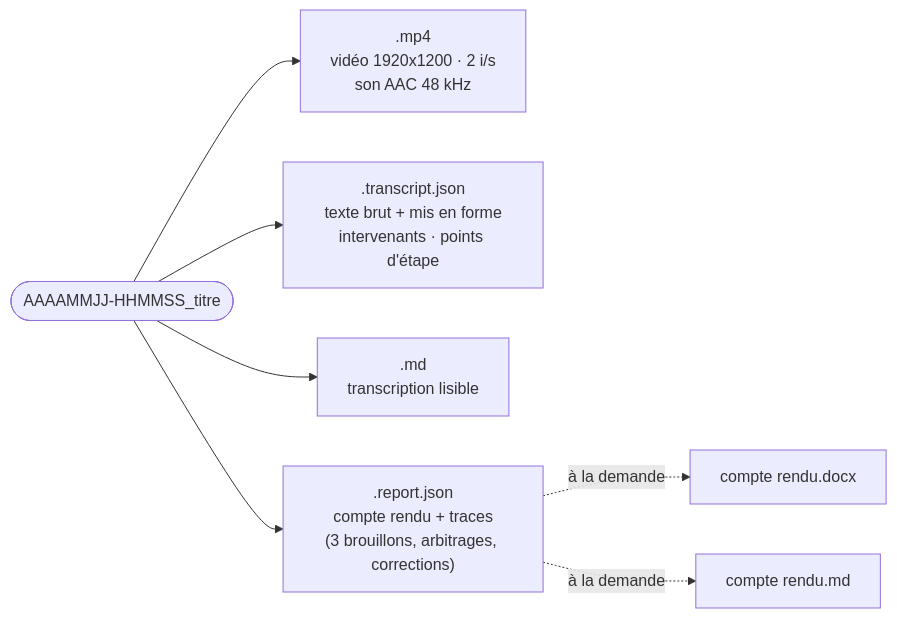
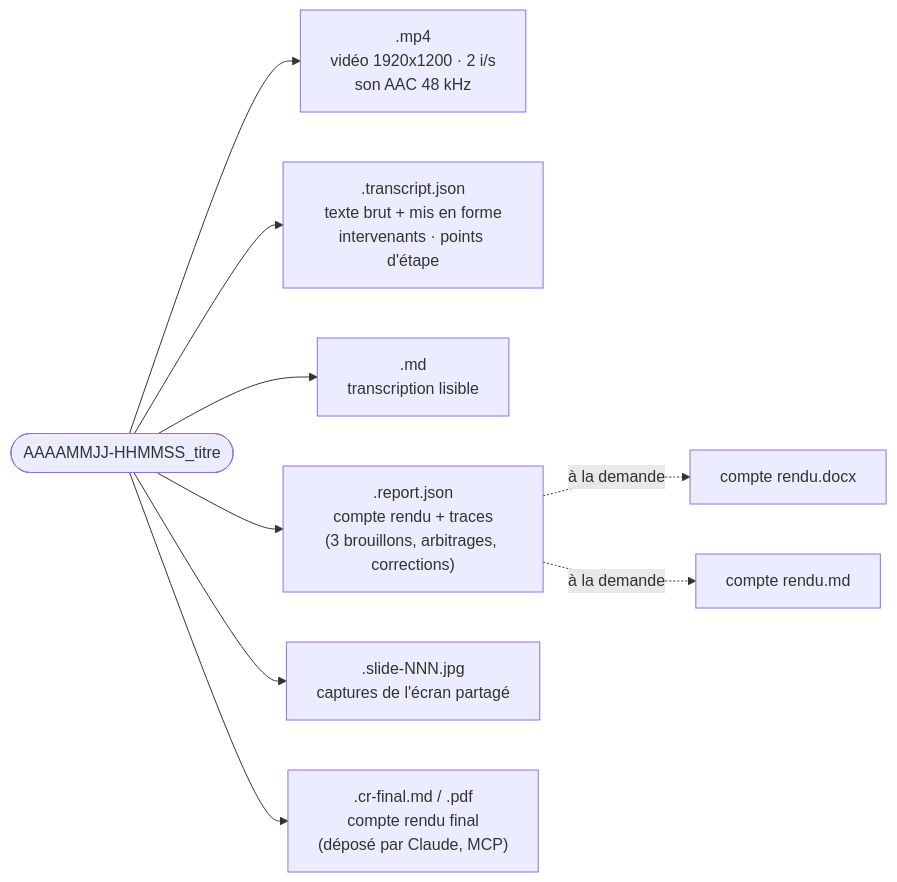
One commit to VincentMorhet/OmniConf changed the sixth of 8 diagrams in docs/ARCHITECTURE.md. Above: the diagram before and after it, drawn with Mermaid. The commit also changed other lines of this file and 15 other files, not shown here.

First line of the commit message:
Serveur MCP en lecture seule pour Claude (jetons révocables, segments, participants, CR final), hallucinations retranscrites, heures de Paris, déploiement des conteneurs sécurisé

````diff
--- a/docs/ARCHITECTURE.md
+++ b/docs/ARCHITECTURE.md
@@ -216,9 +216,11 @@
 ```mermaid
 flowchart LR
     S(["AAAAMMJJ-HHMMSS_titre"]) --> MP4[".mp4<br/>vidéo 1920x1200 · 2 i/s<br/>son AAC 48 kHz"]
     S --> TJ[".transcript.json<br/>texte brut + mis en forme<br/>intervenants · points d'étape"]
     S --> MD[".md<br/>transcription lisible"]
     S --> RJ[".report.json<br/>compte rendu + traces<br/>(3 brouillons, arbitrages, corrections)"]
     RJ -. "à la demande" .-> DOCX["compte rendu.docx"]
     RJ -. "à la demande" .-> CRMD["compte rendu.md"]
+    S --> SL[".slide-NNN.jpg<br/>captures de l'écran partagé"]
+    S --> FIN[".cr-final.md / .pdf<br/>compte rendu final<br/>(déposé par Claude, MCP)"]
 ```
````
